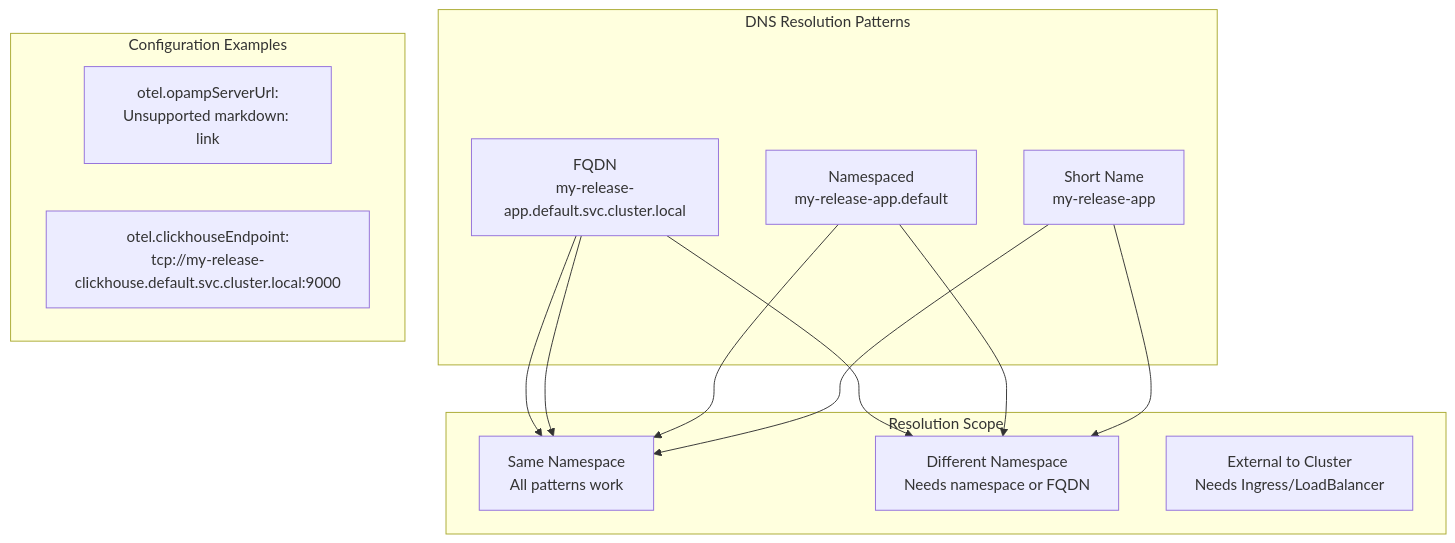
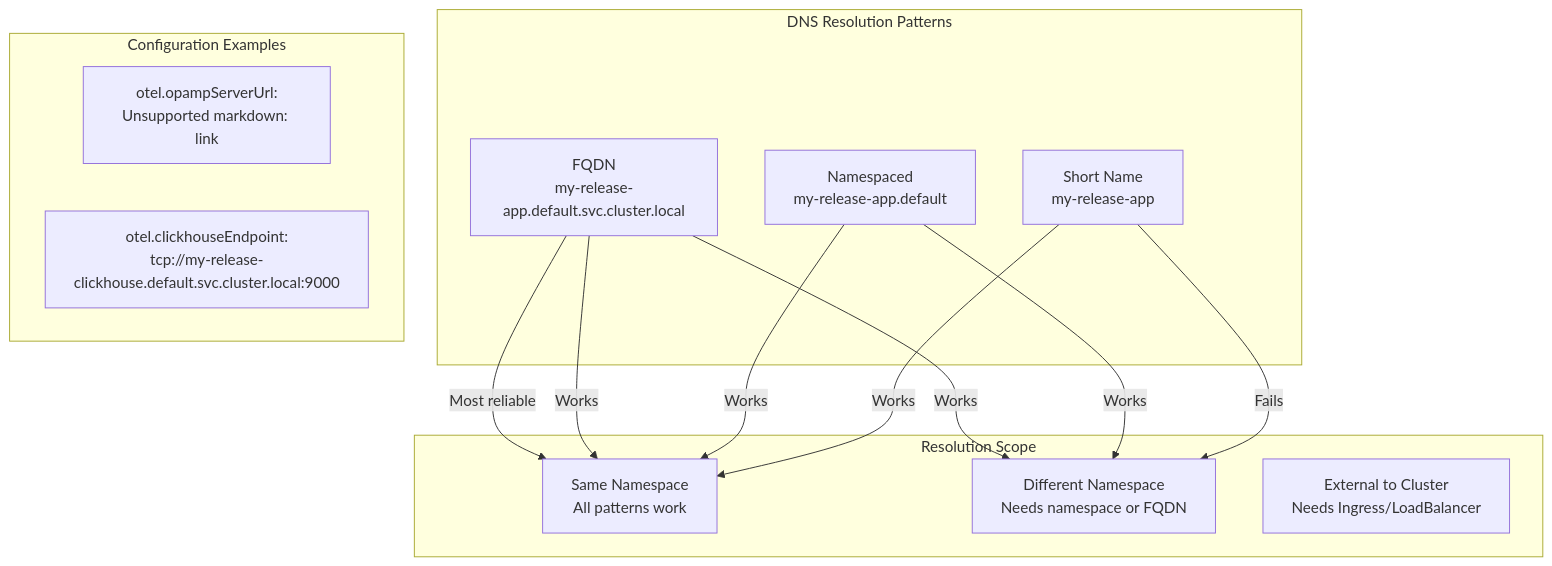
One commit to openchoreo/openchoreo changed the seventh of 7 diagrams in docs/hyperdxio-helm-charts-docs/Cloud-Provider-Specific-Configurations.md. Above: the diagram before and after it, drawn with Mermaid. The commit also changed other lines of this file and 85 other files, not shown here.

Commit message:
feat: Add new workflow and specification templates, update Helm chart dependencies, and clarify documentation diagrams.

````diff
--- a/docs/hyperdxio-helm-charts-docs/Cloud-Provider-Specific-Configurations.md
+++ b/docs/hyperdxio-helm-charts-docs/Cloud-Provider-Specific-Configurations.md
@@ -534,37 +534,37 @@
 ```mermaid
 flowchart TD
 
 OTELConfig["otel.opampServerUrl:<br>Unsupported markdown: link"]
 CHConfig["otel.clickhouseEndpoint:<br>tcp://my-release-clickhouse.default.svc.cluster.local:9000"]
 ShortName["Short Name<br>my-release-app"]
 Namespace["Namespaced<br>my-release-app.default"]
 FQDN["FQDN<br>my-release-app.default.svc.cluster.local"]
 SameNS["Same Namespace<br>All patterns work"]
 DiffNS["Different Namespace<br>Needs namespace or FQDN"]
 External["External to Cluster<br>Needs Ingress/LoadBalancer"]
 
-ShortName --> SameNS
-ShortName --> DiffNS
-Namespace --> SameNS
-Namespace --> DiffNS
-FQDN --> SameNS
-FQDN --> DiffNS
-FQDN --> SameNS
+ShortName -->|"Works"| SameNS
+ShortName -->|"Fails"| DiffNS
+Namespace -->|"Works"| SameNS
+Namespace -->|"Works"| DiffNS
+FQDN -->|"Works"| SameNS
+FQDN -->|"Works"| DiffNS
+FQDN -->|"Most reliable"| SameNS
 
 subgraph subGraph1 ["Resolution Scope"]
     SameNS
     DiffNS
     External
 end
 
 subgraph subGraph0 ["DNS Resolution Patterns"]
     ShortName
     Namespace
     FQDN
 end
 
 subgraph subGraph2 ["Configuration Examples"]
     OTELConfig
     CHConfig
 end
 ```
````
